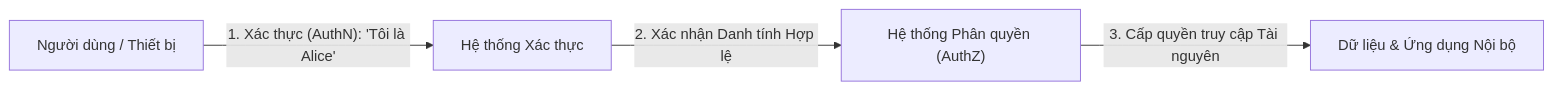
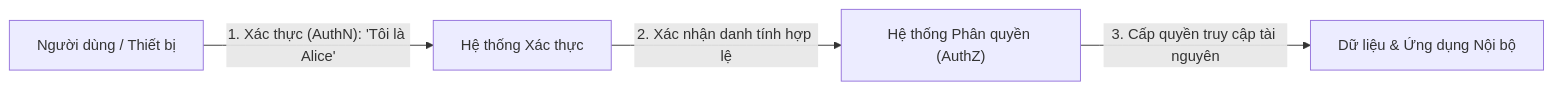
The first of 4 diagrams in Junior Cybersecurity Analyst/3. Introduction to Networking/19. Authentication Protocols.md (phattvh/HackTheBox_Translate), drawn with Mermaid before and after one commit. The commit also changed other lines of this file and 5 other files, not shown here.

````diff
--- a/Junior Cybersecurity Analyst/3. Introduction to Networking/19. Authentication Protocols.md
+++ b/Junior Cybersecurity Analyst/3. Introduction to Networking/19. Authentication Protocols.md
@@ -15,6 +15,6 @@
 ```mermaid
 graph LR
     User["Người dùng / Thiết bị"] -->|"1. Xác thực (AuthN): 'Tôi là Alice'"| AuthServer["Hệ thống Xác thực"]
-    AuthServer -->|"2. Xác nhận Danh tính Hợp lệ"| PolicyServer["Hệ thống Phân quyền (AuthZ)"]
-    PolicyServer -->|"3. Cấp quyền truy cập Tài nguyên"| Resource["Dữ liệu & Ứng dụng Nội bộ"]
+    AuthServer -->|"2. Xác nhận danh tính hợp lệ"| PolicyServer["Hệ thống Phân quyền (AuthZ)"]
+    PolicyServer -->|"3. Cấp quyền truy cập tài nguyên"| Resource["Dữ liệu & Ứng dụng Nội bộ"]
 ```
````
